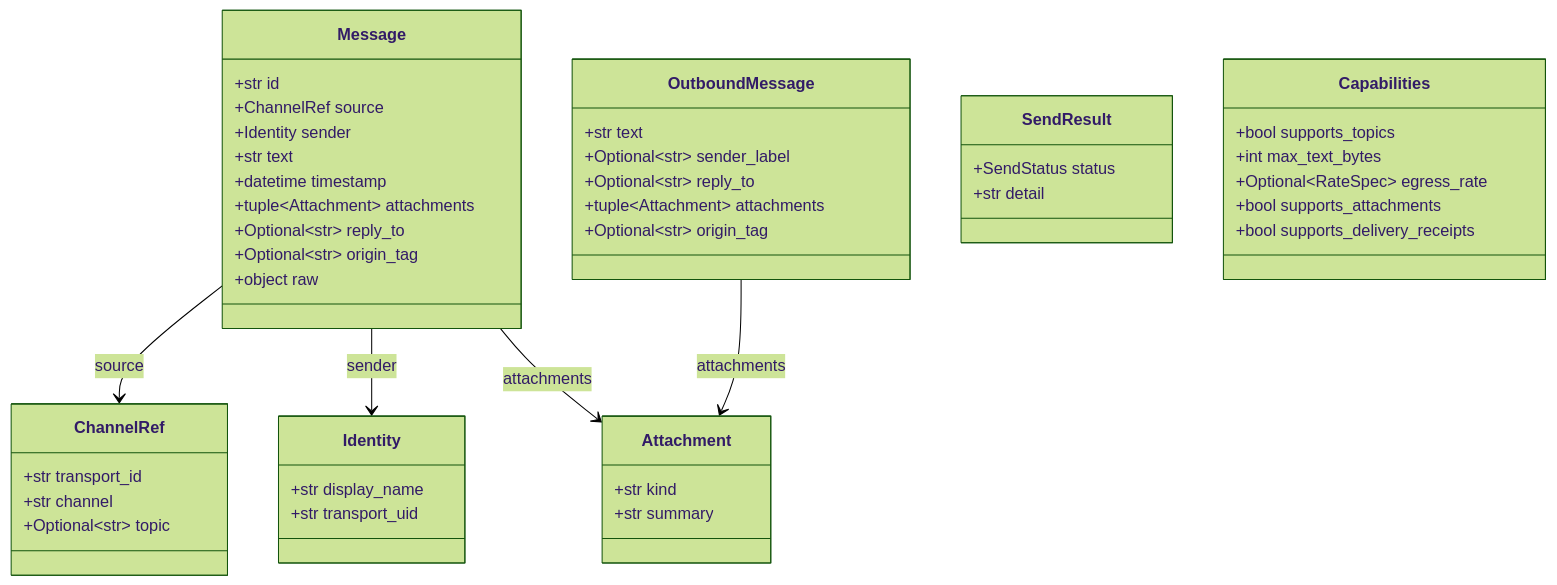
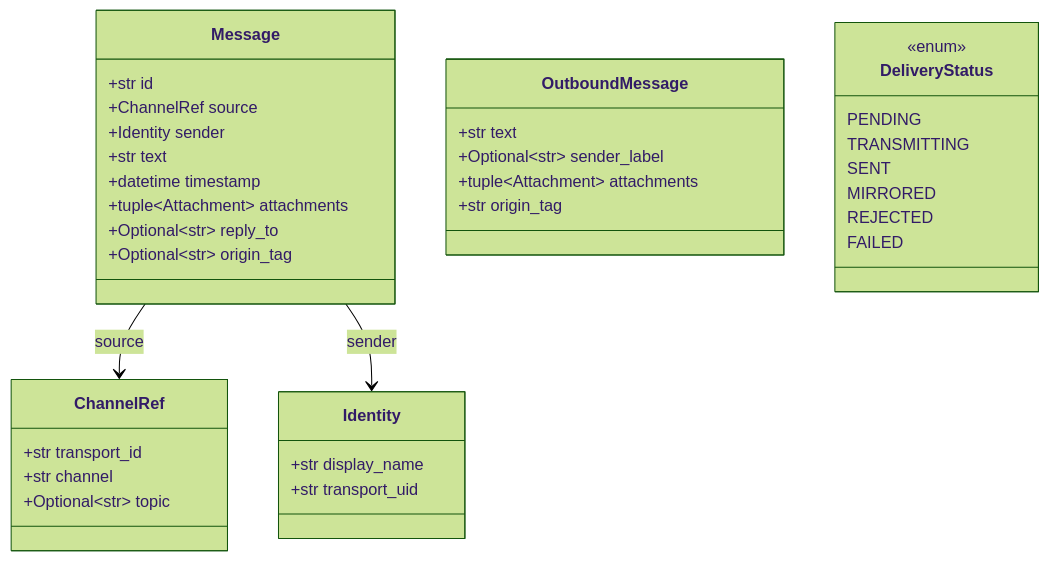
The second of 10 diagrams in docs/ARCHITECTURE.md (Flexlug/LoRa-Bridge), drawn with Mermaid (forest theme) before and after one commit. The commit also changed other lines of this file, not shown here.

First line of the commit message:
docs: pivot to client-server commit-log architecture

````diff
--- a/docs/ARCHITECTURE.md
+++ b/docs/ARCHITECTURE.md
@@ -108,50 +118,39 @@
 ```mermaid
 classDiagram
     class ChannelRef {
       +str transport_id
       +str channel
       +Optional~str~ topic
     }
     class Identity {
       +str display_name
       +str transport_uid
     }
-    class Attachment {
-      +str kind
-      +str summary
-    }
     class Message {
       +str id
       +ChannelRef source
       +Identity sender
       +str text
       +datetime timestamp
       +tuple~Attachment~ attachments
       +Optional~str~ reply_to
       +Optional~str~ origin_tag
-      +object raw
     }
     class OutboundMessage {
       +str text
       +Optional~str~ sender_label
-      +Optional~str~ reply_to
       +tuple~Attachment~ attachments
-      +Optional~str~ origin_tag
+      +str origin_tag
     }
-    class SendResult {
-      +SendStatus status
-      +str detail
+    class DeliveryStatus {
+      <<enum>>
+      PENDING
+      TRANSMITTING
+      SENT
+      MIRRORED
+      REJECTED
+      FAILED
     }
-    class Capabilities {
-      +bool supports_topics
-      +int max_text_bytes
-      +Optional~RateSpec~ egress_rate
-      +bool supports_attachments
-      +bool supports_delivery_receipts
-    }
-
     Message --> ChannelRef : source
     Message --> Identity : sender
-    Message --> Attachment : attachments
-    OutboundMessage --> Attachment : attachments
 ```
````
